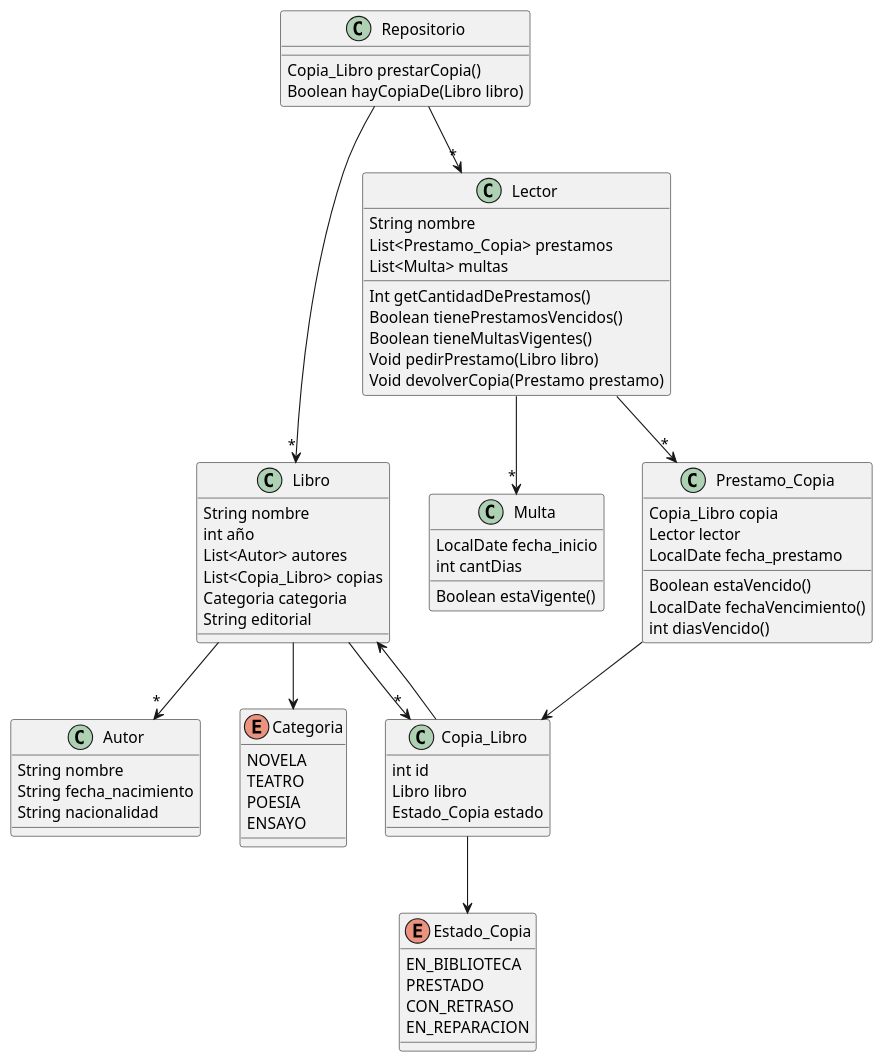
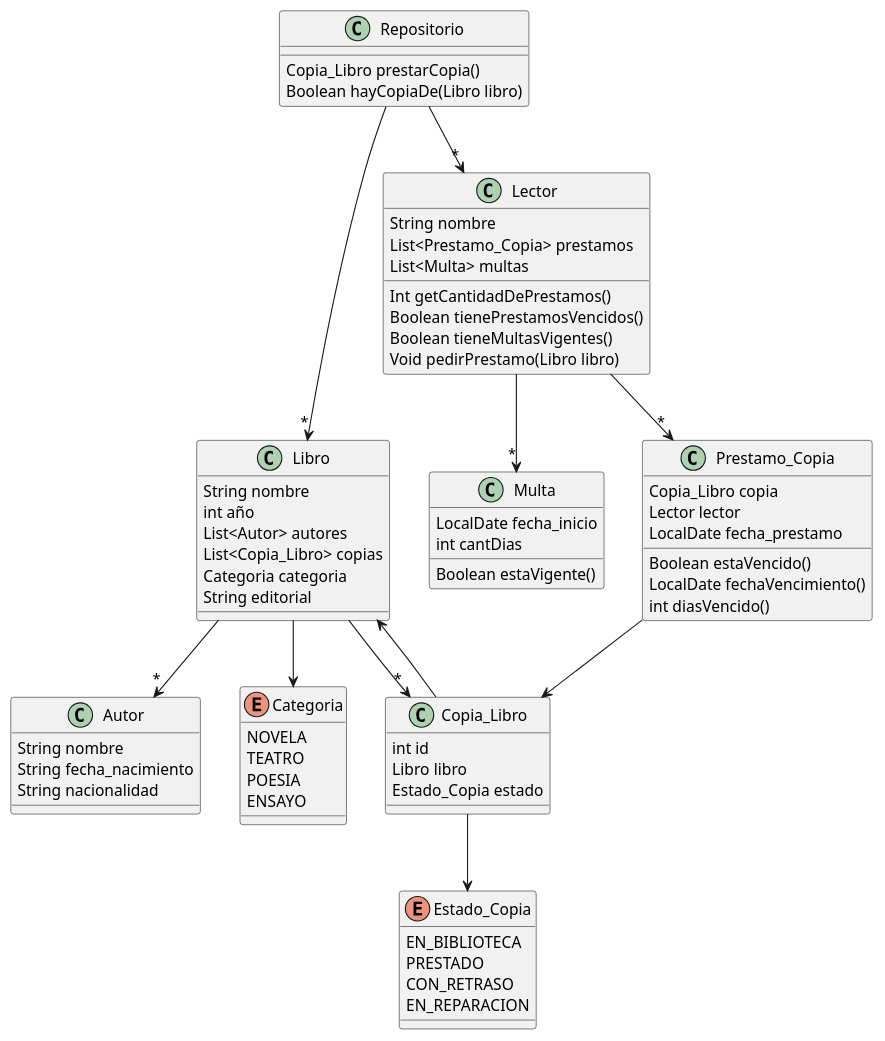
Before and after one commit to LucasBarr99/DDS-Grupo7: the diagram in src/DiagrameDeClases-EJ31.puml, drawn with PlantUML. The commit also changed 4 other files, not shown here.

```diff
--- a/src/DiagrameDeClases-EJ31.puml
+++ b/src/DiagrameDeClases-EJ31.puml
@@ -1,84 +1,83 @@
 @startuml
 'https://plantuml.com/class-diagram
 
 class Libro {
     String nombre
     int año
     List<Autor> autores
     List<Copia_Libro> copias
     Categoria categoria
     String editorial
 
 }
 
 class Copia_Libro {
     int id
     Libro libro
     Estado_Copia estado
 
 }
 class Prestamo_Copia {
     Copia_Libro copia
     Lector lector
     LocalDate fecha_prestamo
 
 
     Boolean estaVencido()
     LocalDate fechaVencimiento()
     int diasVencido()
 }
 class Autor {
     String nombre
     String fecha_nacimiento
     String nacionalidad
 }
 
 enum Categoria {
 NOVELA
 TEATRO
 POESIA
 ENSAYO
 }
 enum Estado_Copia {
 EN_BIBLIOTECA
 PRESTADO
 CON_RETRASO
 EN_REPARACION
 }
 
 class Lector{
     String nombre
     List<Prestamo_Copia> prestamos
     List<Multa> multas
 
     Int getCantidadDePrestamos()
     Boolean tienePrestamosVencidos()
     Boolean tieneMultasVigentes()
     Void pedirPrestamo(Libro libro)
-    Void devolverCopia(Prestamo prestamo)
 }
 class Multa{
     LocalDate fecha_inicio
     int cantDias
 
     Boolean estaVigente()
 
 }
 class Repositorio{
 
     Copia_Libro prestarCopia()
     Boolean hayCopiaDe(Libro libro)
 }
 
 Libro --> Categoria
 Libro -->"*" Autor
 Copia_Libro --> Estado_Copia
 Copia_Libro --> Libro
 Prestamo_Copia --> Copia_Libro
 Lector -->"*" Multa
 Libro -->"*" Copia_Libro
 Lector -->"*" Prestamo_Copia
 Repositorio -->"*" Libro
 Repositorio -->"*" Lector
 
 @enduml
```
